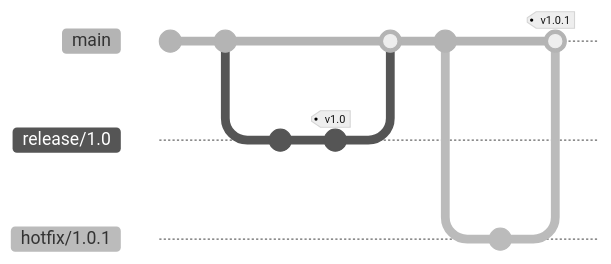
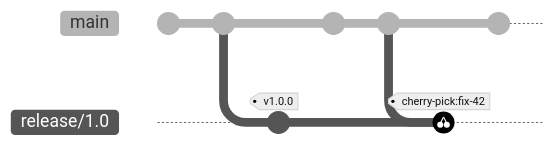
Before and after one commit to AndrewAltimit/Documentation: the fifth of 5 diagrams in github-pages/docs/technology/advanced-branching-techniques.md, drawn with Mermaid (neutral theme). The commit also changed other lines of this file and 240 other files, not shown here. Commit ids are hidden.

````diff
--- a/github-pages/docs/technology/advanced-branching-techniques.md
+++ b/github-pages/docs/technology/advanced-branching-techniques.md
@@ -122,17 +255,15 @@
 ```mermaid
 gitGraph
-    commit
-    commit
+    commit id: "A"
+    commit id: "B"
     branch release/1.0
     checkout release/1.0
-    commit id: "stabilize"
-    commit id: "v1.0" tag: "v1.0"
+    commit id: "bump 1.0.0" tag: "v1.0.0"
     checkout main
-    merge release/1.0
-    commit id: "more features"
-    branch hotfix/1.0.1
-    checkout hotfix/1.0.1
-    commit id: "patch"
+    commit id: "feature C"
+    commit id: "fix-42"
+    checkout release/1.0
+    cherry-pick id: "fix-42"
     checkout main
-    merge hotfix/1.0.1 tag: "v1.0.1"
+    commit id: "feature D"
 ```
````
